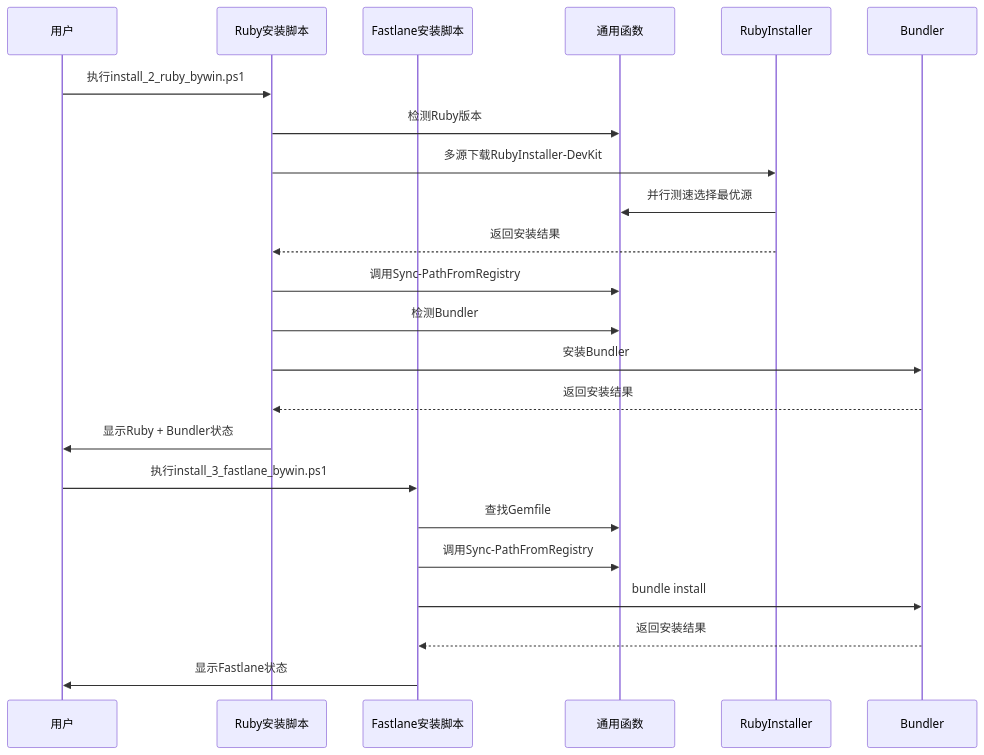
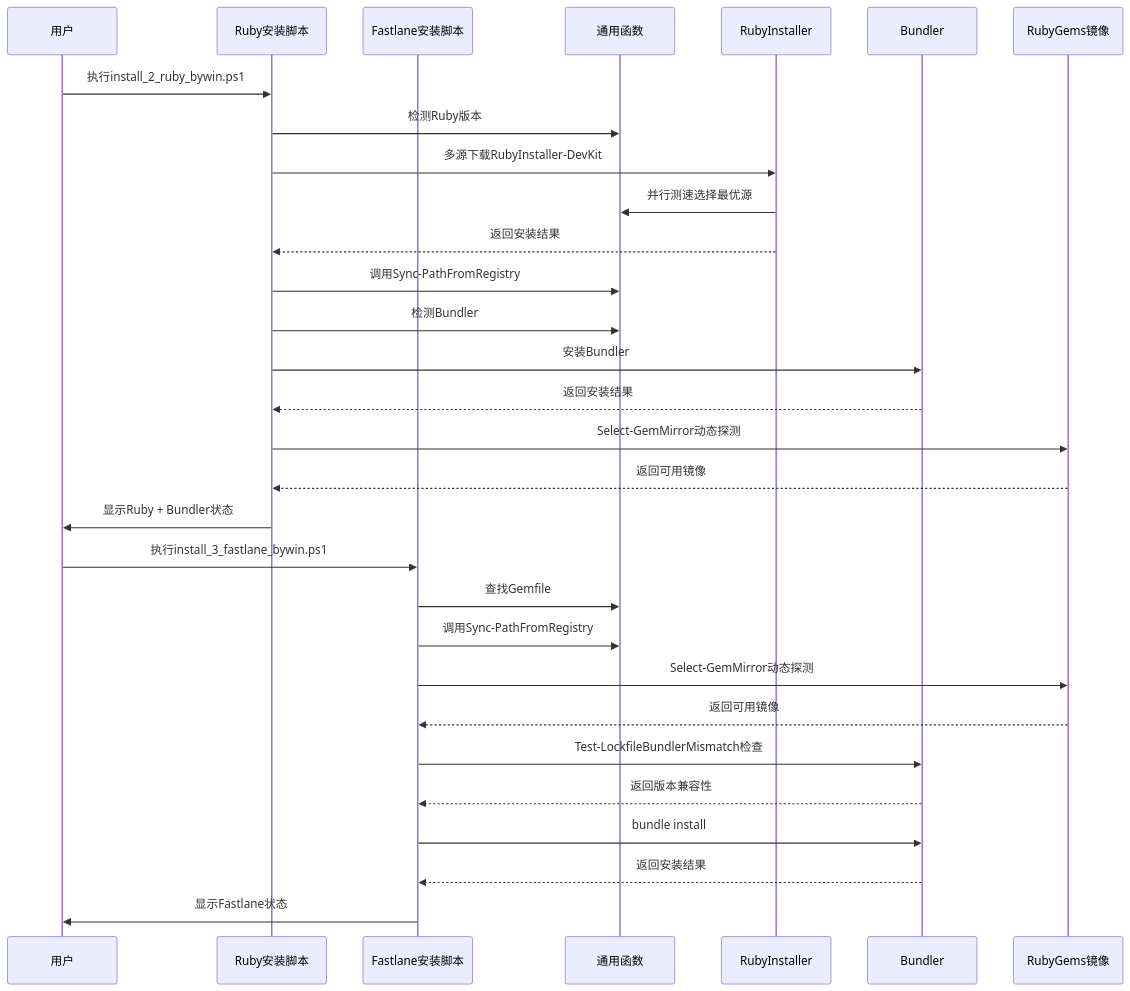
The third of 8 diagrams in .qoder/repowiki/zh/content/构建与部署/Windows PowerShell自动化.md (dingxyang/Macro-Deck-Client-App), drawn with Mermaid before and after one commit. The commit also changed other lines of this file and 32 other files, not shown here.

````diff
--- a/.qoder/repowiki/zh/content/构建与部署/Windows PowerShell自动化.md
+++ b/.qoder/repowiki/zh/content/构建与部署/Windows PowerShell自动化.md
@@ -352,25 +426,32 @@
 ```mermaid
 sequenceDiagram
 participant User as 用户
 participant RubyScript as Ruby安装脚本
 participant FastlaneScript as Fastlane安装脚本
 participant Common as 通用函数
 participant RubyInstaller as RubyInstaller
 participant Bundler as Bundler
+participant RubyGems as RubyGems镜像
 User->>RubyScript : 执行install_2_ruby_bywin.ps1
 RubyScript->>Common : 检测Ruby版本
 RubyScript->>RubyInstaller : 多源下载RubyInstaller-DevKit
 RubyInstaller->>Common : 并行测速选择最优源
 RubyInstaller-->>RubyScript : 返回安装结果
 RubyScript->>Common : 调用Sync-PathFromRegistry
 RubyScript->>Common : 检测Bundler
 RubyScript->>Bundler : 安装Bundler
 Bundler-->>RubyScript : 返回安装结果
+RubyScript->>RubyGems : Select-GemMirror动态探测
+RubyGems-->>RubyScript : 返回可用镜像
 RubyScript->>User : 显示Ruby + Bundler状态
 User->>FastlaneScript : 执行install_3_fastlane_bywin.ps1
 FastlaneScript->>Common : 查找Gemfile
 FastlaneScript->>Common : 调用Sync-PathFromRegistry
+FastlaneScript->>RubyGems : Select-GemMirror动态探测
+RubyGems-->>FastlaneScript : 返回可用镜像
+FastlaneScript->>Bundler : Test-LockfileBundlerMismatch检查
+Bundler-->>FastlaneScript : 返回版本兼容性
 FastlaneScript->>Bundler : bundle install
 Bundler-->>FastlaneScript : 返回安装结果
 FastlaneScript->>User : 显示Fastlane状态
 ```
````
